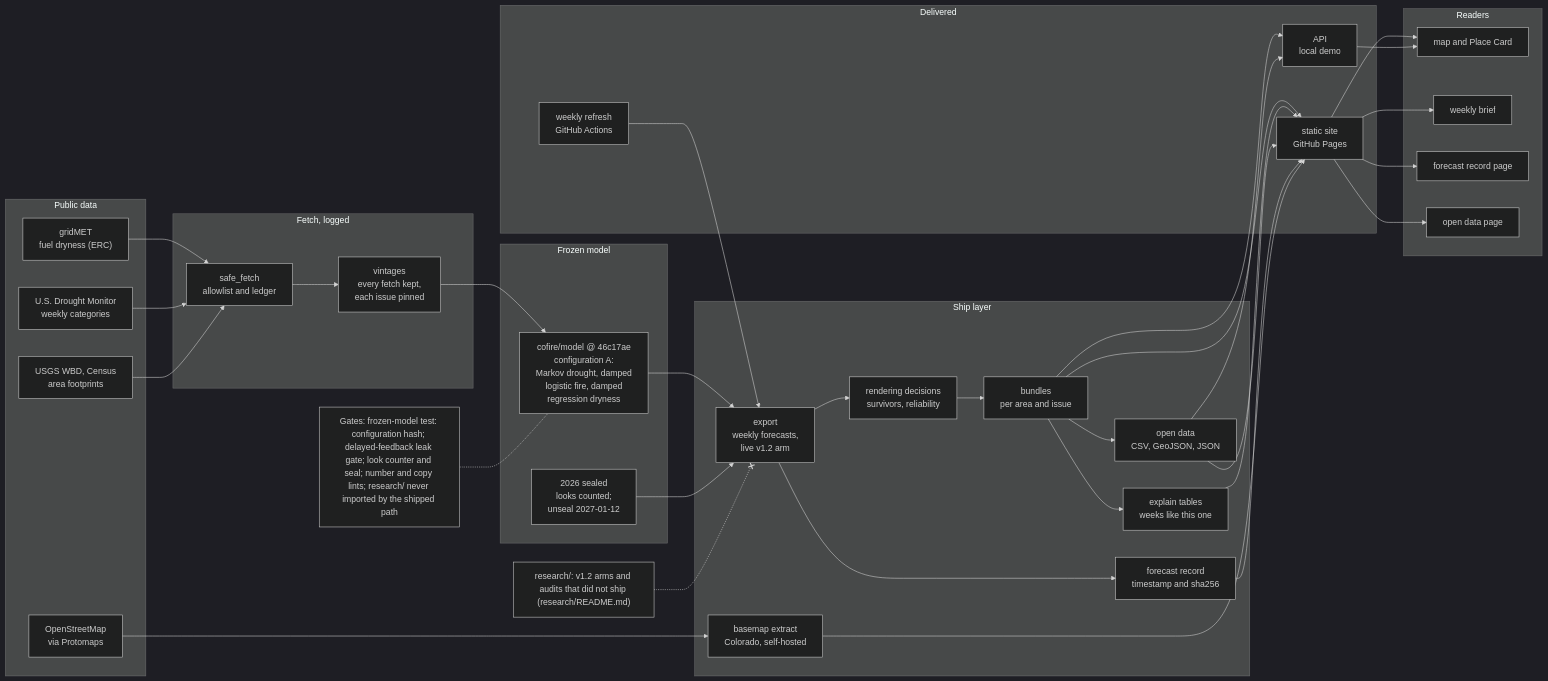
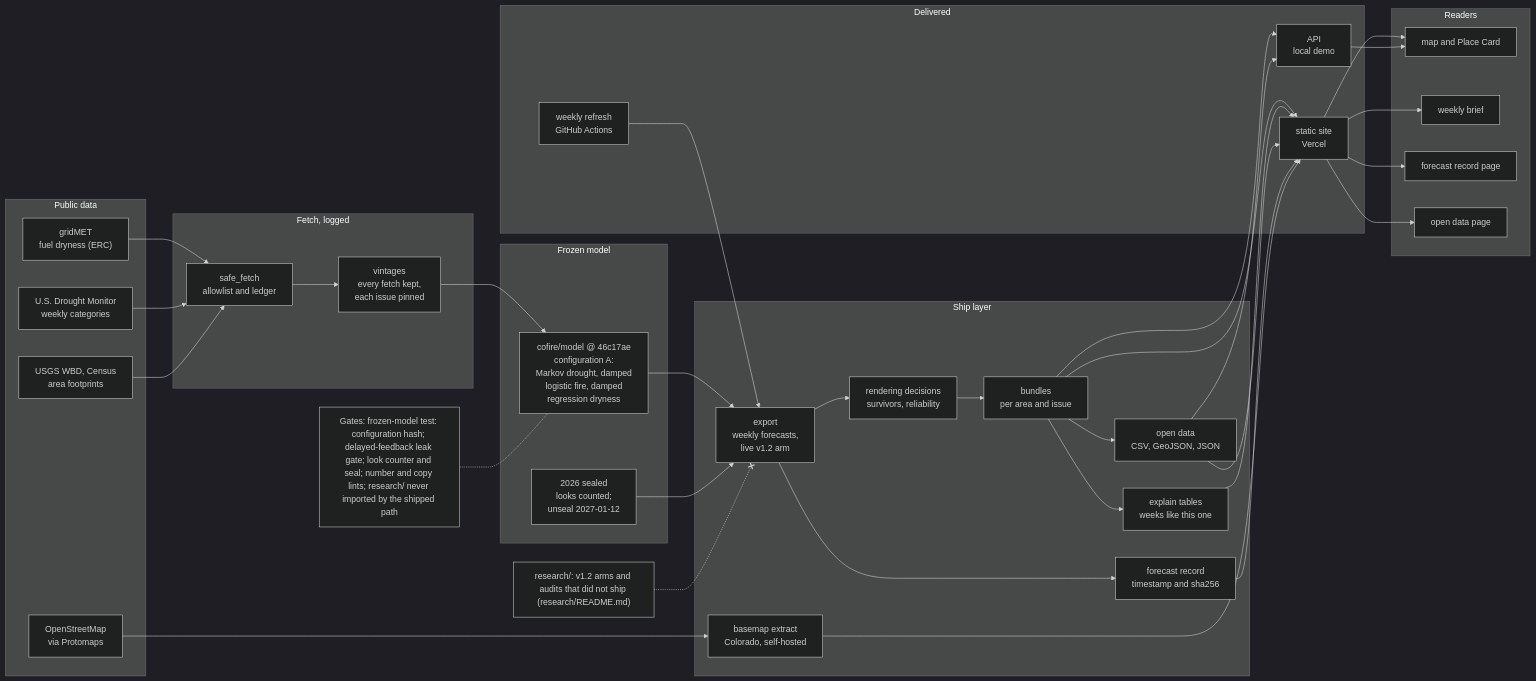
Before and after one commit to esaran1/cofire: the diagram in README.md, drawn with Mermaid (dark theme). The commit also changed other lines of this file and 14 other files, not shown here.

First line of the commit message:
Deploy on Vercel instead of GitHub Pages

````diff
--- a/README.md
+++ b/README.md
@@ -30,67 +30,67 @@
 ```mermaid
 flowchart LR
   subgraph c0["Public data"]
     gridmet["gridMET<br/>fuel dryness (ERC)"]
     usdm["U.S. Drought Monitor<br/>weekly categories"]
     bounds["USGS WBD, Census<br/>area footprints"]
     osm["OpenStreetMap<br/>via Protomaps"]
   end
   subgraph c1["Fetch, logged"]
     fetch["safe_fetch<br/>allowlist and ledger"]
     vintages["vintages<br/>every fetch kept,<br/>each issue pinned"]
   end
   subgraph c2["Frozen model"]
     model["cofire/model @ 46c17ae<br/>configuration A:<br/>Markov drought, damped<br/>logistic fire, damped<br/>regression dryness"]
     seal["2026 sealed<br/>looks counted;<br/>unseal 2027-01-12"]
   end
   subgraph c3["Ship layer"]
     export["export<br/>weekly forecasts,<br/>live v1.2 arm"]
     render["rendering decisions<br/>survivors, reliability"]
     bundles["bundles<br/>per area and issue"]
     explain["explain tables<br/>weeks like this one"]
     open["open data<br/>CSV, GeoJSON, JSON"]
     record["forecast record<br/>timestamp and sha256"]
     tiles["basemap extract<br/>Colorado, self-hosted"]
   end
   subgraph c4["Delivered"]
     refresh["weekly refresh<br/>GitHub Actions"]
-    site["static site<br/>GitHub Pages"]
+    site["static site<br/>Vercel"]
     api["API<br/>local demo"]
   end
   subgraph c5["Readers"]
     map["map and Place Card"]
     brief["weekly brief"]
     scoreboard["forecast record page"]
     data["open data page"]
   end
   gridmet --> fetch
   usdm --> fetch
   bounds --> fetch
   osm --> tiles
   fetch --> vintages
   vintages --> model
   model --> export
   seal --> export
   export --> render
   render --> bundles
   bundles --> explain
   bundles --> open
   export --> record
   refresh --> export
   bundles --> site
   explain --> site
   open --> site
   record --> site
   tiles --> site
   bundles --> api
   open --> api
   site --> map
   site --> brief
   site --> scoreboard
   site --> data
   api --> map
   gates["Gates: frozen-model test: configuration hash; delayed-feedback leak gate; look counter and seal; number and copy lints; research/ never imported by the shipped path"]
   research["research/: v1.2 arms and audits that did not ship (research/README.md)"]
   gates -.- model
   research -.-x export
 ```
````
